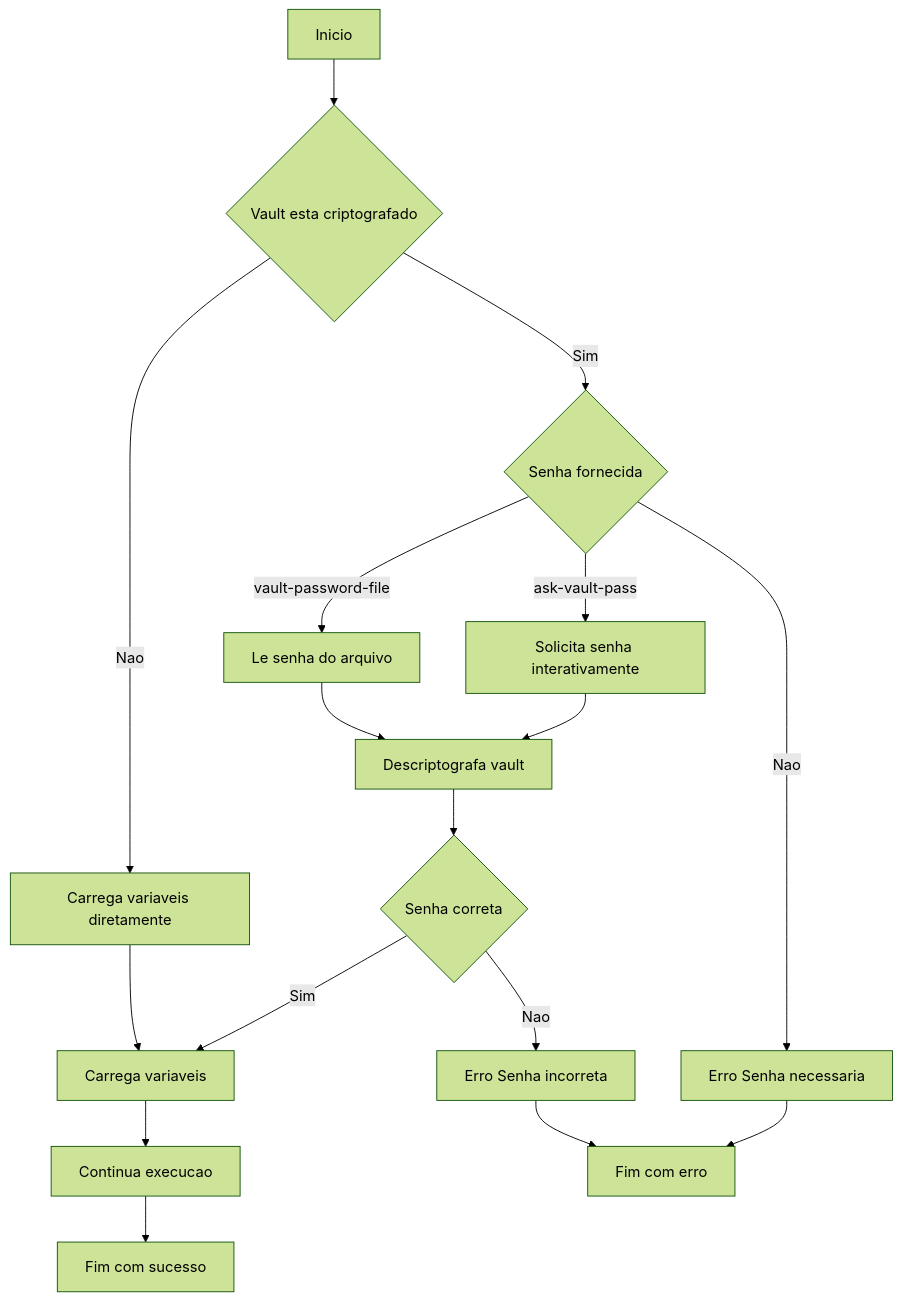
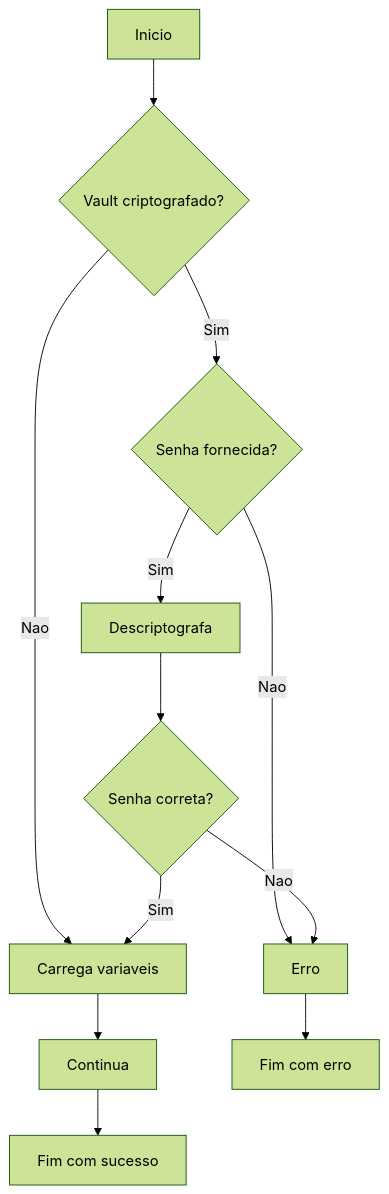
Before and after one commit to rodrigo-freitas-com/meraki-ansible: the fourth of 11 diagrams in docs/system-modeling.md, drawn with Mermaid (forest theme). The commit also changed other lines of this file and 3 other files, not shown here.

````diff
--- a/docs/system-modeling.md
+++ b/docs/system-modeling.md
@@ -196,26 +190,14 @@
 ```mermaid
 flowchart TD
-    A[Inicio] --> B{Vault esta criptografado}
-
-    B -->|Sim| C{Senha fornecida}
-    B -->|Nao| D[Carrega variaveis diretamente]
-
-    C -->|ask-vault-pass| E[Solicita senha interativamente]
-    C -->|vault-password-file| F[Le senha do arquivo]
-    C -->|Nao| G[Erro Senha necessaria]
-
-    E --> H[Descriptografa vault]
-    F --> H
-
-    H --> I{Senha correta}
-
-    I -->|Sim| J[Carrega variaveis]
-    I -->|Nao| K[Erro Senha incorreta]
-
-    D --> J
-    J --> L[Continua execucao]
-
-    G --> M[Fim com erro]
-    K --> M
-    L --> N[Fim com sucesso]
+    A[Inicio] --> B{Vault criptografado?}
+    B -->|Sim| C{Senha fornecida?}
+    B -->|Nao| D[Carrega variaveis]
+    C -->|Sim| E[Descriptografa]
+    C -->|Nao| F[Erro]
+    E --> G{Senha correta?}
+    G -->|Sim| D
+    G -->|Nao| F
+    D --> H[Continua]
+    F --> I[Fim com erro]
+    H --> J[Fim com sucesso]
 ```
````
